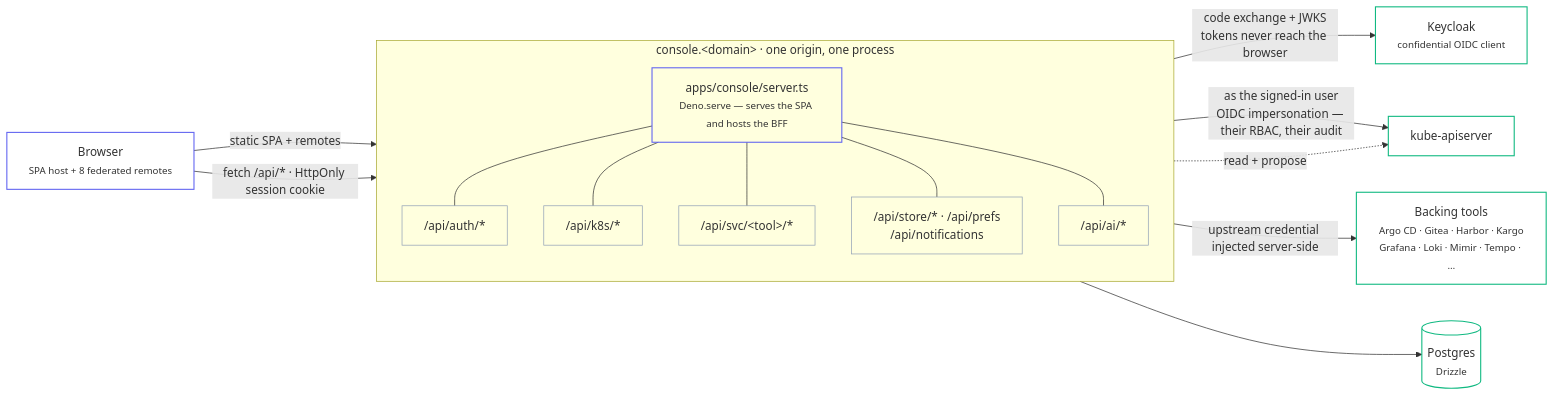
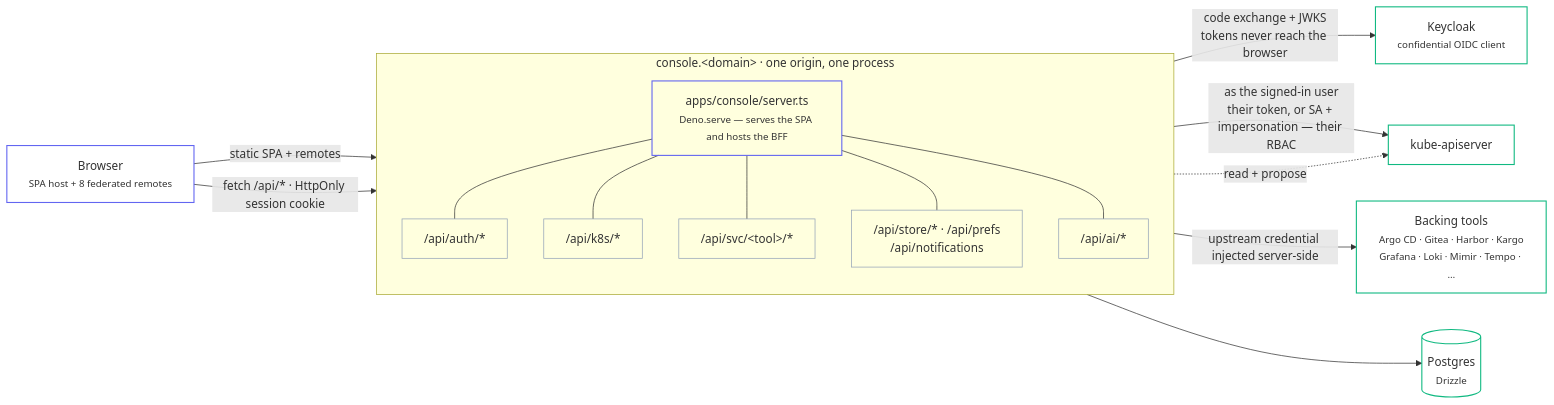
The diagram in README.md (adhar-io/adhar-console), drawn with Mermaid before and after one commit. The commit also changed other lines of this file and 52 other files, not shown here.

````diff
--- a/README.md
+++ b/README.md
@@ -83,36 +114,36 @@
 ```mermaid
 flowchart LR
   B["Browser<br/><small>SPA host + 8 federated remotes</small>"]
 
   subgraph origin["console.&lt;domain&gt; · one origin, one process"]
     direction TB
     S["apps/console/server.ts<br/><small>Deno.serve — serves the SPA and hosts the BFF</small>"]
     AU["/api/auth/*"]
     K8["/api/k8s/*"]
     SV["/api/svc/&lt;tool&gt;/*"]
     ST["/api/store/* · /api/prefs<br/>/api/notifications"]
     AI["/api/ai/*"]
     S --- AU & K8 & SV & ST & AI
   end
 
   KC["Keycloak<br/><small>confidential OIDC client</small>"]
   API["kube-apiserver"]
   TOOLS["Backing tools<br/><small>Argo CD · Gitea · Harbor · Kargo<br/>Grafana · Loki · Mimir · Tempo · …</small>"]
   PG[("Postgres<br/><small>Drizzle</small>")]
 
   B -->|"static SPA + remotes"| S
   B -->|"fetch /api/* · HttpOnly session cookie"| S
 
   AU -->|"code exchange + JWKS<br/>tokens never reach the browser"| KC
-  K8 -->|"as the signed-in user<br/>OIDC impersonation — their RBAC, their audit"| API
+  K8 -->|"as the signed-in user<br/>their token, or SA + impersonation — their RBAC"| API
   SV -->|"upstream credential injected server-side"| TOOLS
   ST --> PG
   AI -.->|"read + propose"| API
 
   classDef edgeNode fill:none,stroke:#6366f1,stroke-width:1.5px
   classDef apiNode fill:none,stroke:#94a3b8,stroke-width:1px
   classDef extNode fill:none,stroke:#10b981,stroke-width:1.5px
   class B,S edgeNode
   class AU,K8,SV,ST,AI apiNode
   class KC,API,TOOLS,PG extNode
 ```
````
